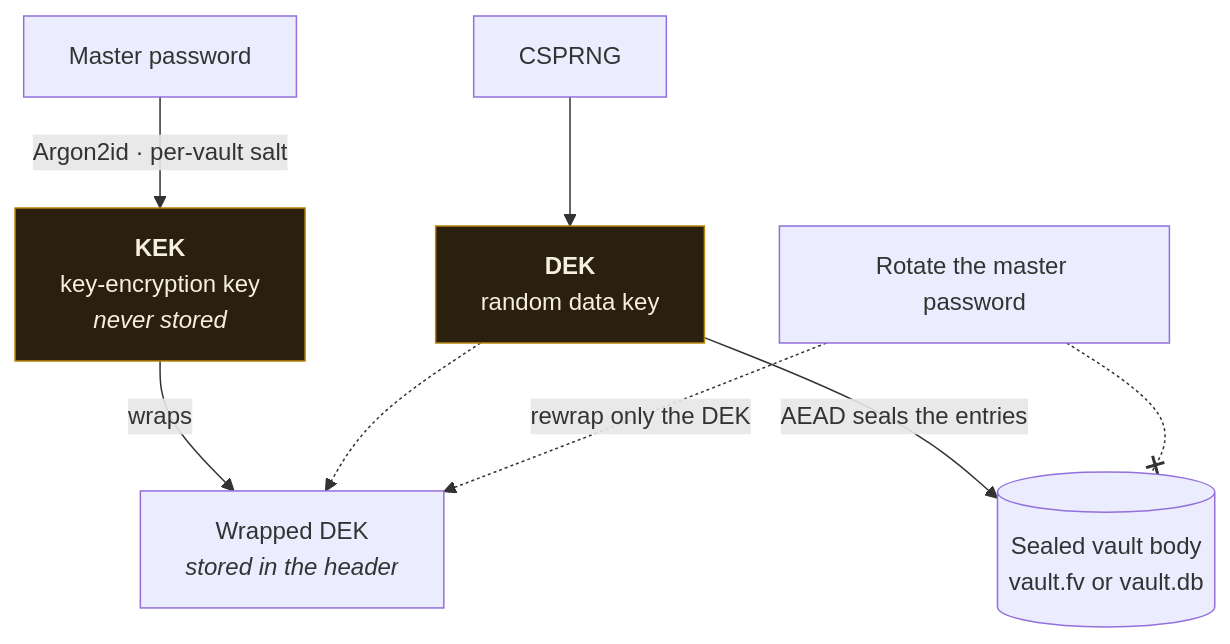
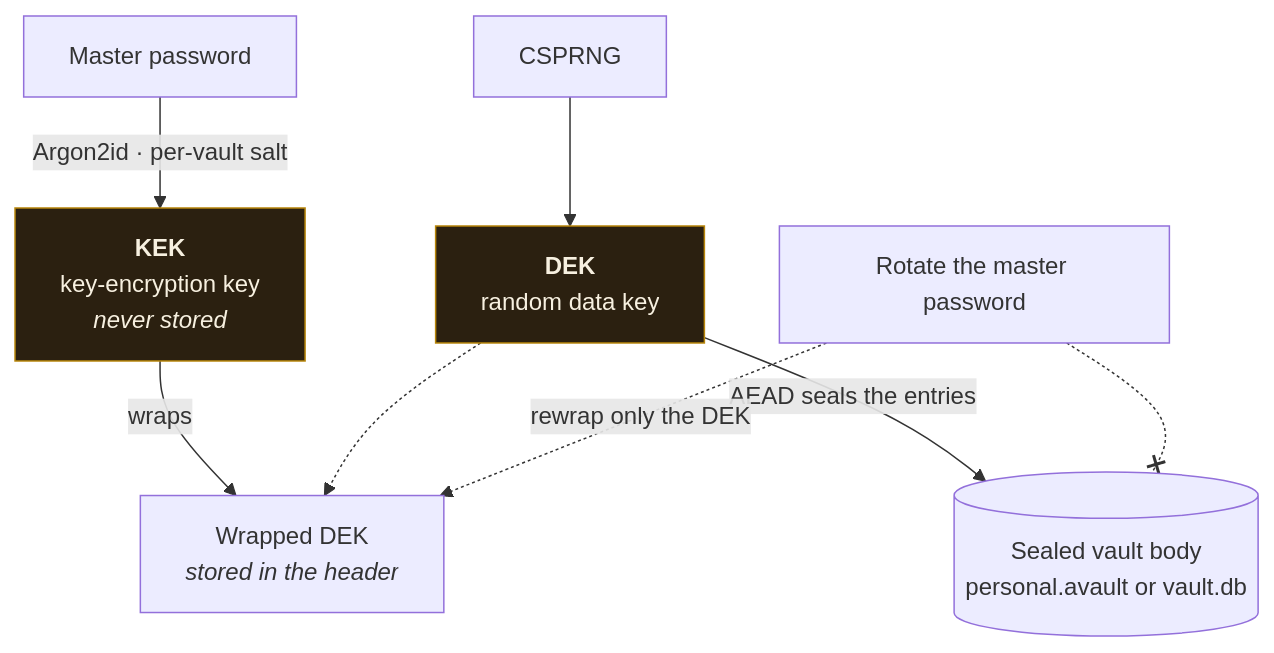
The second of 4 diagrams in README.md (Zoel-Manchon/aegisvault), drawn with Mermaid before and after one commit. The commit also changed other lines of this file and 90 other files, not shown here.

````diff
--- a/README.md
+++ b/README.md
@@ -96,14 +116,14 @@
 ```mermaid
 flowchart TD
     PW["Master password"] -->|"Argon2id · per-vault salt"| KEK["<b>KEK</b><br/>key-encryption key<br/><i>never stored</i>"]
     RNG["CSPRNG"] --> DEK["<b>DEK</b><br/>random data key"]
-    DEK -->|"AEAD seals the entries"| BODY[("Sealed vault body<br/>vault.fv or vault.db")]
+    DEK -->|"AEAD seals the entries"| BODY[("Sealed vault body<br/>personal.avault or vault.db")]
     KEK -->|wraps| WRAPPED["Wrapped DEK<br/><i>stored in the header</i>"]
     DEK -.-> WRAPPED
 
     ROT["Rotate the master password"] -.->|"rewrap only the DEK"| WRAPPED
     ROT -.-x BODY
 
     classDef key fill:#2b2010,stroke:#b8860b,color:#f7f0e0
     class KEK,DEK key
 ```
````
